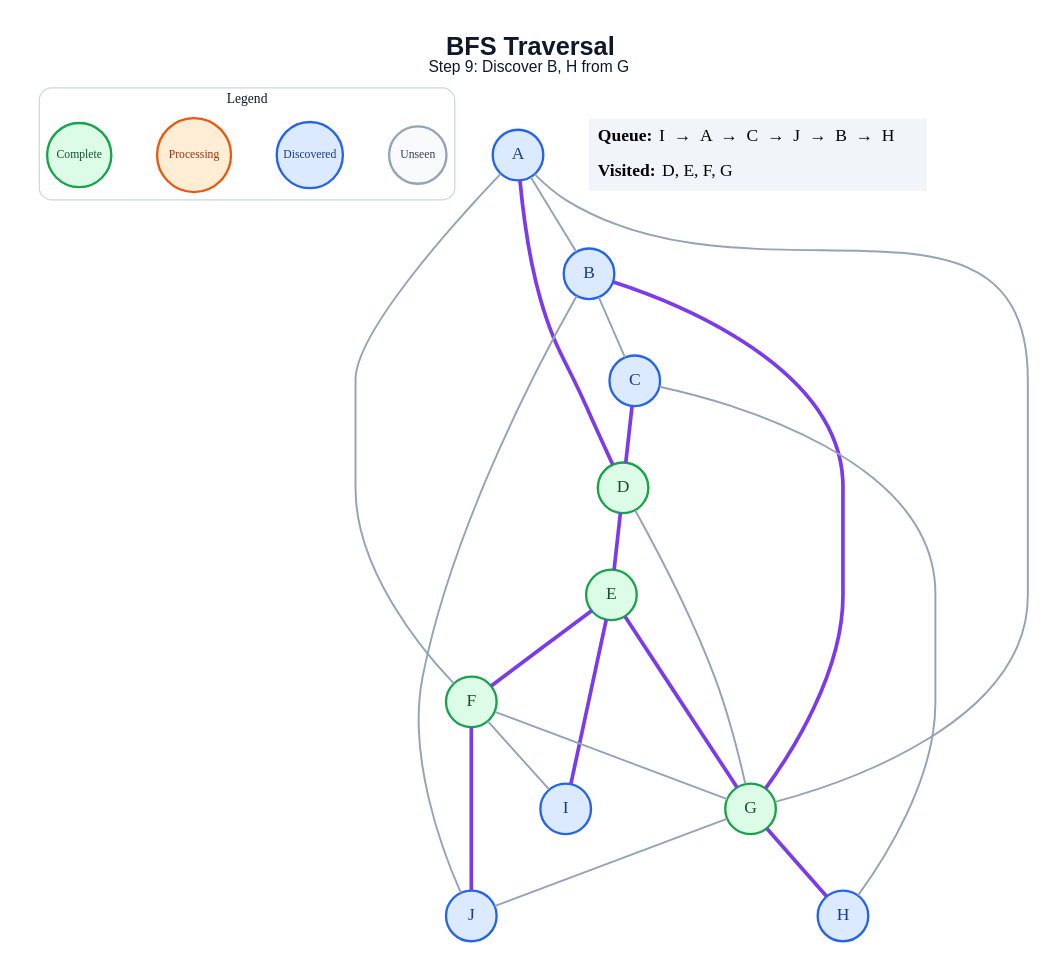
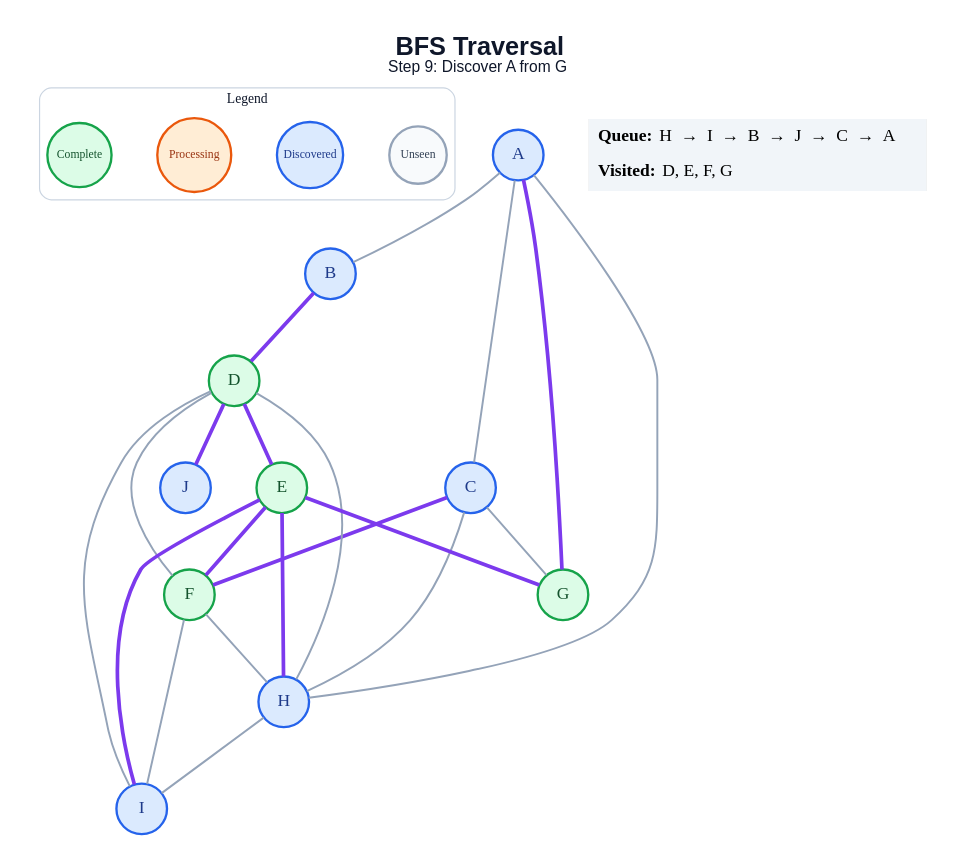
Before and after one commit to amanghodawala9/ai-slop: the diagram in generated/specific-node/bfs/step_09.dot, drawn with Graphviz. The commit also changed 178 other files, not shown here.

```diff
--- a/generated/specific-node/bfs/step_09.dot
+++ b/generated/specific-node/bfs/step_09.dot
@@ -1,48 +1,49 @@
 graph traversal {
   graph [layout=dot, rankdir=TB, bgcolor="#FFFFFF", pad="0.35", nodesep="0.65", ranksep="0.8", fontname="Arial"];
   node [shape=circle, style="filled", fontname="Arial Bold", fontsize=18, width=0.72, fixedsize=true, penwidth=2.4];
   edge [color="#94A3B8", penwidth=2.0];
-  label=<<B>BFS Traversal</B><BR/><FONT POINT-SIZE="16">Step 9: Discover B, H from G</FONT>>; labelloc="t"; fontsize=26; fontname="Arial"; fontcolor="#0F172A";
+  label=<<B>BFS Traversal</B><BR/><FONT POINT-SIZE="16">Step 9: Discover A from G</FONT>>; labelloc="t"; fontsize=26; fontname="Arial"; fontcolor="#0F172A";
   subgraph cluster_legend { label="Legend"; color="#CBD5E1"; penwidth=1.2; style="rounded"; fontsize=14; fontname="Arial Bold";
     key_unseen [label="Unseen", fillcolor="#F8FAFC", color="#94A3B8", fontcolor="#334155", fontsize=12, width=0.82];
     key_frontier [label="Discovered", fillcolor="#DBEAFE", color="#2563EB", fontcolor="#1E3A8A", fontsize=12, width=0.95];
     key_current [label="Processing", fillcolor="#FFEDD5", color="#EA580C", fontcolor="#9A3412", fontsize=12, width=1.05];
     key_done [label="Complete", fillcolor="#DCFCE7", color="#16A34A", fontcolor="#14532D", fontsize=12, width=0.92];
     { rank=same; key_unseen; key_frontier; key_current; key_done; }
   }
   A [fillcolor="#DBEAFE", color="#2563EB", fontcolor="#1E3A8A"];
   B [fillcolor="#DBEAFE", color="#2563EB", fontcolor="#1E3A8A"];
   C [fillcolor="#DBEAFE", color="#2563EB", fontcolor="#1E3A8A"];
   D [fillcolor="#DCFCE7", color="#16A34A", fontcolor="#14532D"];
   E [fillcolor="#DCFCE7", color="#16A34A", fontcolor="#14532D"];
   F [fillcolor="#DCFCE7", color="#16A34A", fontcolor="#14532D"];
   G [fillcolor="#DCFCE7", color="#16A34A", fontcolor="#14532D"];
   H [fillcolor="#DBEAFE", color="#2563EB", fontcolor="#1E3A8A"];
   I [fillcolor="#DBEAFE", color="#2563EB", fontcolor="#1E3A8A"];
   J [fillcolor="#DBEAFE", color="#2563EB", fontcolor="#1E3A8A"];
   A -- B;
-  A -- D [color="#7C3AED", penwidth=3.8];
-  A -- F;
-  A -- G;
-  B -- C;
-  B -- G [color="#7C3AED", penwidth=3.8];
-  B -- J;
-  C -- D [color="#7C3AED", penwidth=3.8];
+  A -- C;
+  A -- G [color="#7C3AED", penwidth=3.8];
+  A -- H;
+  B -- D [color="#7C3AED", penwidth=3.8];
+  C -- F [color="#7C3AED", penwidth=3.8];
+  C -- G;
   C -- H;
   D -- E [color="#7C3AED", penwidth=3.8];
-  D -- G;
+  D -- F;
+  D -- H;
+  D -- I;
+  D -- J [color="#7C3AED", penwidth=3.8];
   E -- F [color="#7C3AED", penwidth=3.8];
   E -- G [color="#7C3AED", penwidth=3.8];
+  E -- H [color="#7C3AED", penwidth=3.8];
   E -- I [color="#7C3AED", penwidth=3.8];
-  F -- G;
+  F -- H;
   F -- I;
-  F -- J [color="#7C3AED", penwidth=3.8];
-  G -- H [color="#7C3AED", penwidth=3.8];
-  G -- J;
+  H -- I;
   status [shape=plain, fixedsize=false, width=0, height=0, margin=0, label=<
     <TABLE BORDER="0" CELLBORDER="0" CELLPADDING="7" BGCOLOR="#F1F5F9">
-      <TR><TD ALIGN="LEFT"><B>Queue:</B> I  →  A  →  C  →  J  →  B  →  H</TD></TR>
+      <TR><TD ALIGN="LEFT"><B>Queue:</B> H  →  I  →  B  →  J  →  C  →  A</TD></TR>
       <TR><TD ALIGN="LEFT"><B>Visited:</B> D, E, F, G</TD></TR>
     </TABLE>
   >];
 }
```
